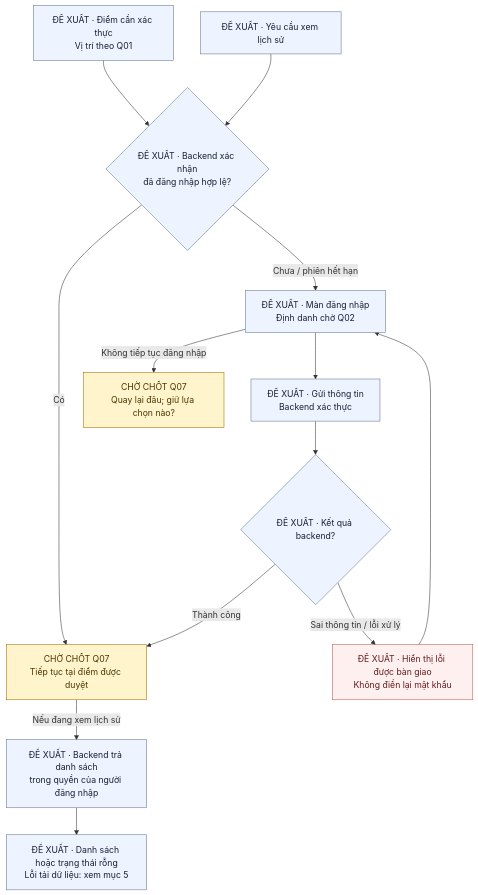
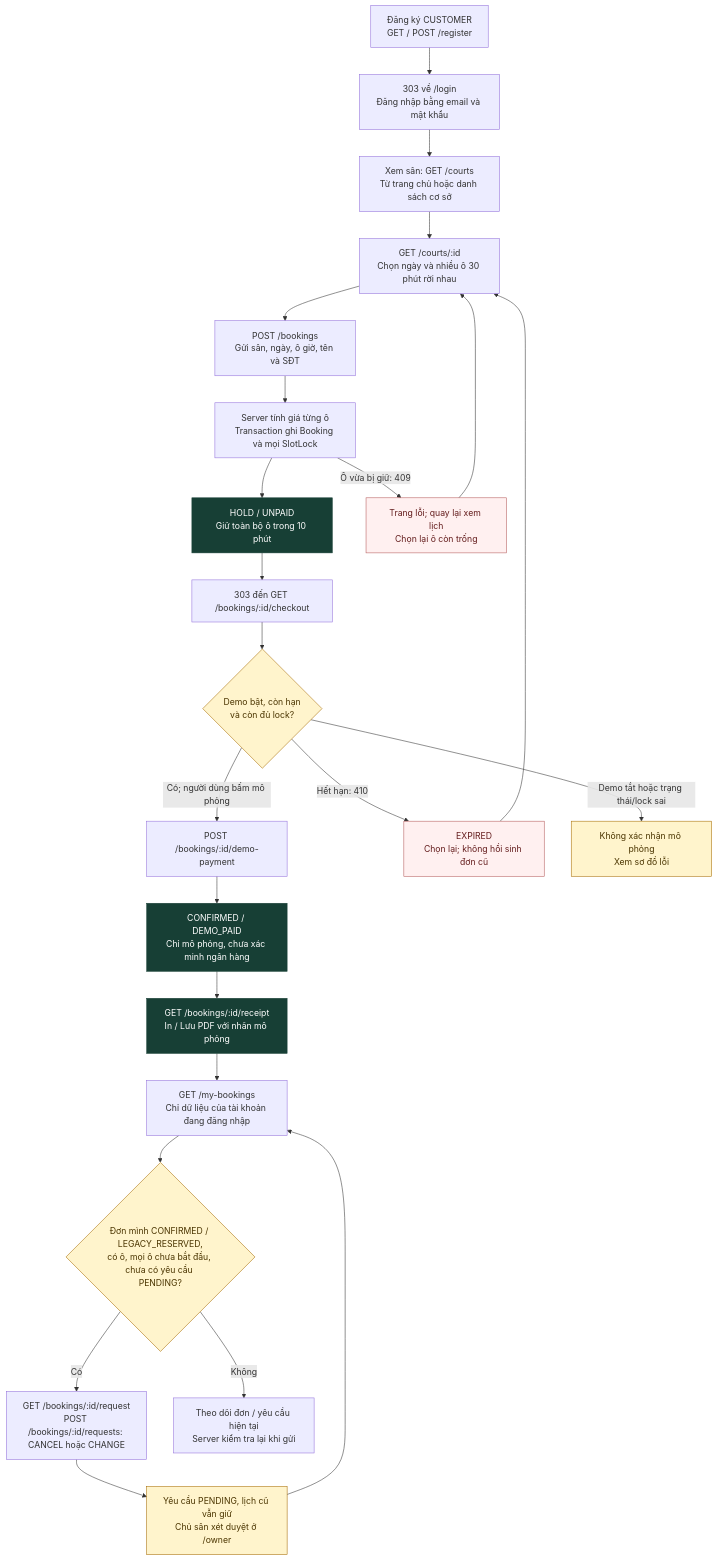
Before and after one commit to indominusrex932005-arch/dat-san-tu-dau: the second of 5 diagrams in docs/LUONG_SU_DUNG_NHAP.md, drawn with Mermaid. The commit also changed other lines of this file and 5 other files, not shown here.

````diff
--- a/docs/LUONG_SU_DUNG_NHAP.md
+++ b/docs/LUONG_SU_DUNG_NHAP.md
@@ -68,21 +60,31 @@
 ```mermaid
 flowchart TD
-    N["ĐỀ XUẤT · Điểm cần xác thực<br/>Vị trí theo Q01"] --> V{"ĐỀ XUẤT · Backend xác nhận<br/>đã đăng nhập hợp lệ?"}
-    V -->|"Có"| T["CHỜ CHỐT Q07<br/>Tiếp tục tại điểm được duyệt"]
-    V -->|"Chưa / phiên hết hạn"| I["ĐỀ XUẤT · Màn đăng nhập<br/>Định danh chờ Q02"]
-    I --> J["ĐỀ XUẤT · Gửi thông tin<br/>Backend xác thực"]
-    J --> O{"ĐỀ XUẤT · Kết quả backend?"}
-    O -->|"Thành công"| T
-    O -->|"Sai thông tin / lỗi xử lý"| E["ĐỀ XUẤT · Hiển thị lỗi được bàn giao<br/>Không điền lại mật khẩu"]
-    E --> I
-    I -->|"Không tiếp tục đăng nhập"| X["CHỜ CHỐT Q07<br/>Quay lại đâu; giữ lựa chọn nào?"]
-    L["ĐỀ XUẤT · Yêu cầu xem lịch sử"] --> V
-    T -->|"Nếu đang xem lịch sử"| H["ĐỀ XUẤT · Backend trả danh sách<br/>trong quyền của người đăng nhập"]
-    H --> D["ĐỀ XUẤT · Danh sách hoặc trạng thái rỗng<br/>Lỗi tải dữ liệu: xem mục 5"]
-    classDef proposed fill:#edf4ff,color:#172033,stroke:#64748b
-    classDef pending fill:#fff4cc,color:#4b3500,stroke:#a66b00
+    A["Đăng ký CUSTOMER<br/>GET / POST /register"] --> B["303 về /login<br/>Đăng nhập bằng email và mật khẩu"]
+    B --> C["Xem sân: GET /courts<br/>Từ trang chủ hoặc danh sách cơ sở"]
+    C --> D["GET /courts/:id<br/>Chọn ngày và nhiều ô 30 phút rời nhau"]
+    D --> E["POST /bookings<br/>Gửi sân, ngày, ô giờ, tên và SĐT"]
+    E --> F["Server tính giá từng ô<br/>Transaction ghi Booking và mọi SlotLock"]
+    F --> H["HOLD / UNPAID<br/>Giữ toàn bộ ô trong 10 phút"]
+    F -->|"Ô vừa bị giữ: 409"| X["Trang lỗi; quay lại xem lịch<br/>Chọn lại ô còn trống"]
+    X --> D
+    H --> I["303 đến GET /bookings/:id/checkout"]
+    I --> J{"Demo bật, còn hạn<br/>và còn đủ lock?"}
+    J -->|"Có; người dùng bấm mô phỏng"| K["POST /bookings/:id/demo-payment"]
+    K --> L["CONFIRMED / DEMO_PAID<br/>Chỉ mô phỏng, chưa xác minh ngân hàng"]
+    L --> M["GET /bookings/:id/receipt<br/>In / Lưu PDF với nhãn mô phỏng"]
+    J -->|"Hết hạn: 410"| Y["EXPIRED<br/>Chọn lại; không hồi sinh đơn cũ"]
+    Y --> D
+    J -->|"Demo tắt hoặc trạng thái/lock sai"| Z["Không xác nhận mô phỏng<br/>Xem sơ đồ lỗi"]
+    M --> N["GET /my-bookings<br/>Chỉ dữ liệu của tài khoản đang đăng nhập"]
+    N --> O{"Đơn mình CONFIRMED / LEGACY_RESERVED,<br/>có ô, mọi ô chưa bắt đầu, chưa có yêu cầu PENDING?"}
+    O -->|"Có"| P["GET /bookings/:id/request<br/>POST /bookings/:id/requests: CANCEL hoặc CHANGE"]
+    P --> Q["Yêu cầu PENDING, lịch cũ vẫn giữ<br/>Chủ sân xét duyệt ở /owner"]
+    Q --> N
+    O -->|"Không"| R["Theo dõi đơn / yêu cầu hiện tại<br/>Server kiểm tra lại khi gửi"]
+    classDef done fill:#173f35,color:#fff,stroke:#173f35
+    classDef notice fill:#fff4cc,color:#4b3500,stroke:#a66b00
     classDef error fill:#fff0f0,color:#641d1d,stroke:#b45a5a
-    class N,V,I,J,O,L,H,D proposed
-    class T,X pending
-    class E error
+    class H,L,M done
+    class J,O,Q,Z notice
+    class X,Y error
 ```
````
